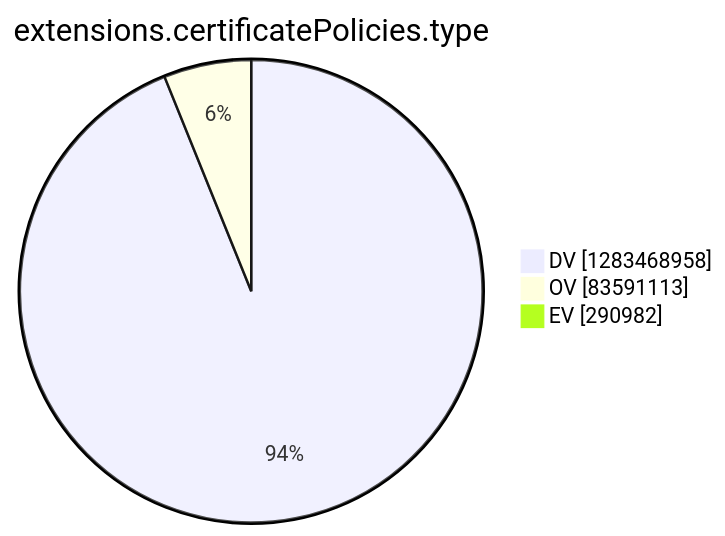
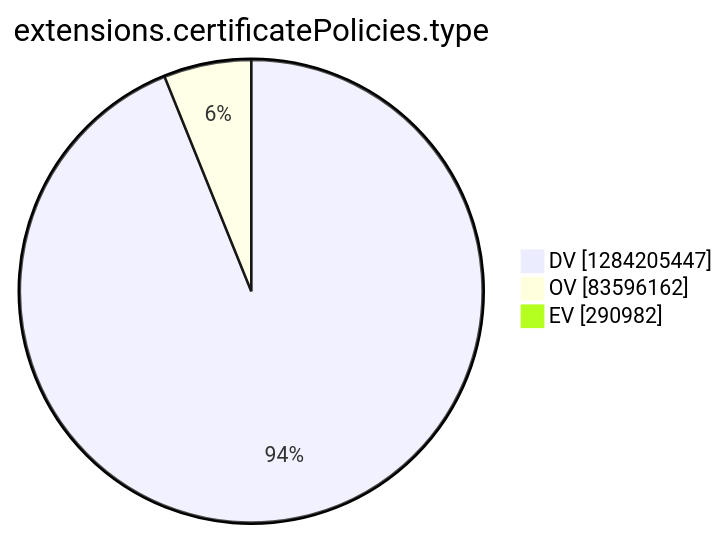
The tenth of 15 diagrams in argon2022/README.md (christiankrug/ctmonitor_visualization), drawn with Mermaid before and after one commit. The commit also changed other lines of this file, not shown here.

````diff
--- a/argon2022/README.md
+++ b/argon2022/README.md
@@ -2771,7 +2771,7 @@
 ```mermaid
 pie showData
 title extensions.certificatePolicies.type
-"DV" :1283468958
-"OV" :83591113
+"DV" :1284205447
+"OV" :83596162
 "EV" :290982
 ```
````
